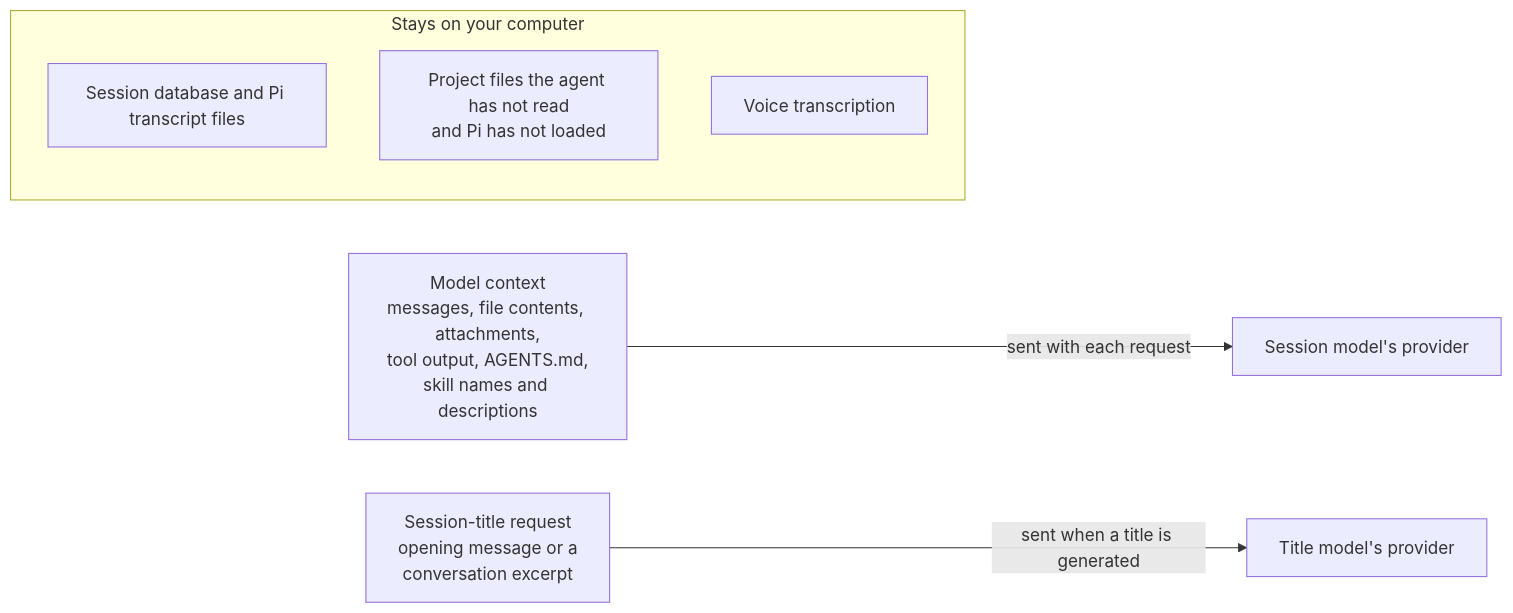
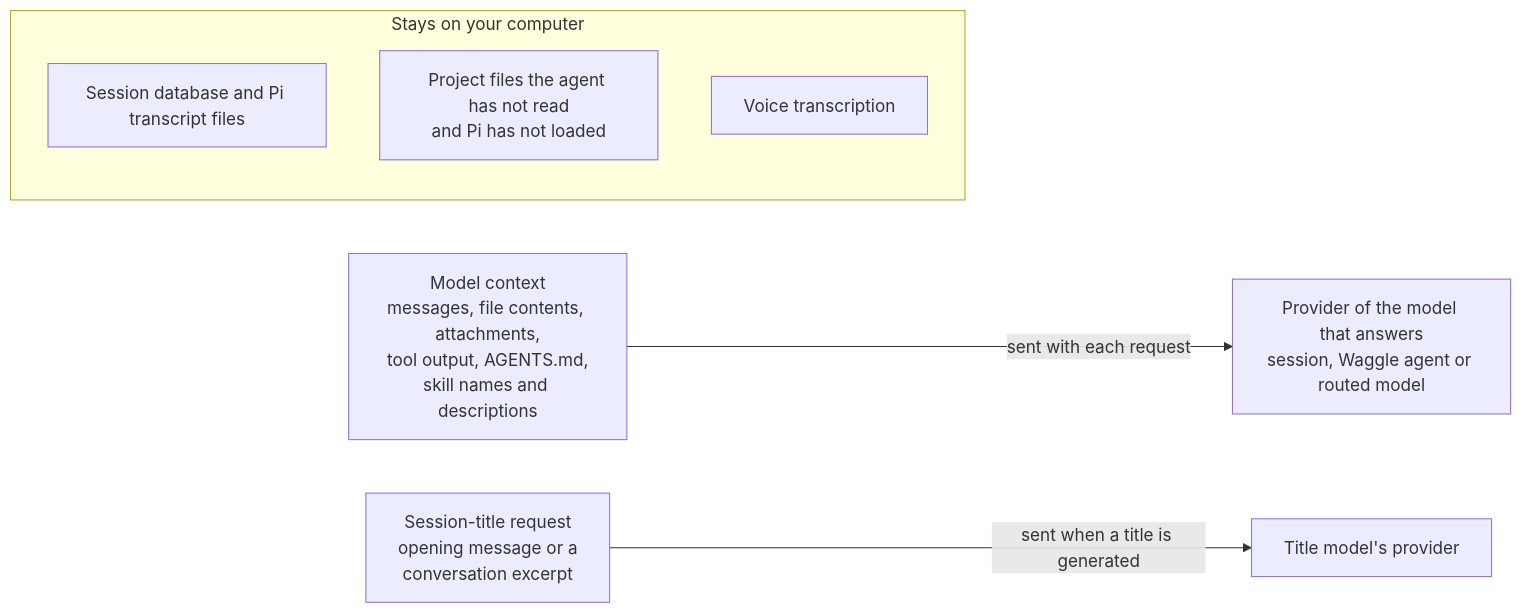
One commit to OpenWaggle/OpenWaggle changed the diagram in website/src/content/docs/configuration/security-privacy.md. Above: the diagram before and after it, drawn with Mermaid. The commit also changed other lines of this file, not shown here.

Commit message:
docs(website): name every model request that can carry data to a provider

````diff
--- a/website/src/content/docs/configuration/security-privacy.md
+++ b/website/src/content/docs/configuration/security-privacy.md
@@ -12,15 +12,15 @@
 ```mermaid
-%% alt: What stays on your computer, and the two requests that go to model providers
+%% alt: What stays on your computer, and the requests that go to model providers
 flowchart LR
   subgraph local["Stays on your computer"]
     db["Session database and Pi transcript files"]
     files["Project files the agent has not read<br/>and Pi has not loaded"]
     voice["Voice transcription"]
   end
   context["Model context<br/>messages, file contents, attachments,<br/>tool output, AGENTS.md,<br/>skill names and descriptions"]
-  provider["Session model's provider"]
+  provider["Provider of the model that answers<br/>session, Waggle agent or routed model"]
   title["Session-title request<br/>opening message or a<br/>conversation excerpt"]
   titleProvider["Title model's provider"]
   context -->|"sent with each request"| provider
   title -->|"sent when a title is generated"| titleProvider
 ```
````
